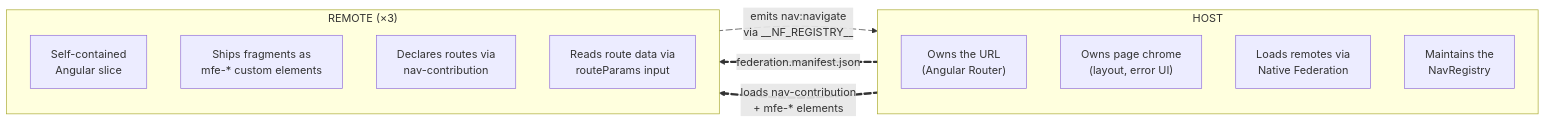
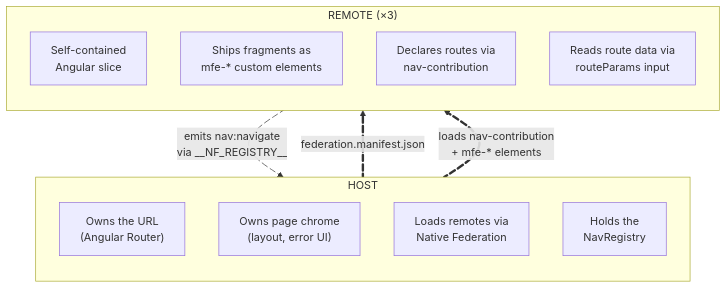
Before and after one commit to ChristopherLe1/playground-ssr-host: the first of 4 diagrams in angular/tractor-store/docs/architecture.md, drawn with Mermaid. The commit also changed other lines of this file and 4 other files, not shown here.

````diff
--- a/angular/tractor-store/docs/architecture.md
+++ b/angular/tractor-store/docs/architecture.md
@@ -25,26 +31,26 @@
 ```mermaid
-flowchart LR
+flowchart TD
     subgraph HostSide["HOST"]
         direction TB
         HA["Owns the URL<br/>(Angular Router)"]
         HB["Owns page chrome<br/>(layout, error UI)"]
         HC["Loads remotes via<br/>Native Federation"]
-        HD["Maintains the<br/>NavRegistry"]
+        HD["Holds the<br/>NavRegistry"]
     end
 
     subgraph RemoteSide["REMOTE (×3)"]
         direction TB
         RA["Self-contained<br/>Angular slice"]
         RB["Ships fragments as<br/>mfe-* custom elements"]
         RC["Declares routes via<br/>nav-contribution"]
         RD["Reads route data via<br/>routeParams input"]
     end
 
     HostSide e1@==>|"federation.manifest.json"| RemoteSide
     HostSide e2@==>|"loads nav-contribution<br/>+ mfe-* elements"| RemoteSide
     RemoteSide e3@-->|"emits nav:navigate<br/>via __NF_REGISTRY__"| HostSide
 
     e1@{animate: true}
     e2@{animate: true}
     e3@{animate: true}
 ```
````
